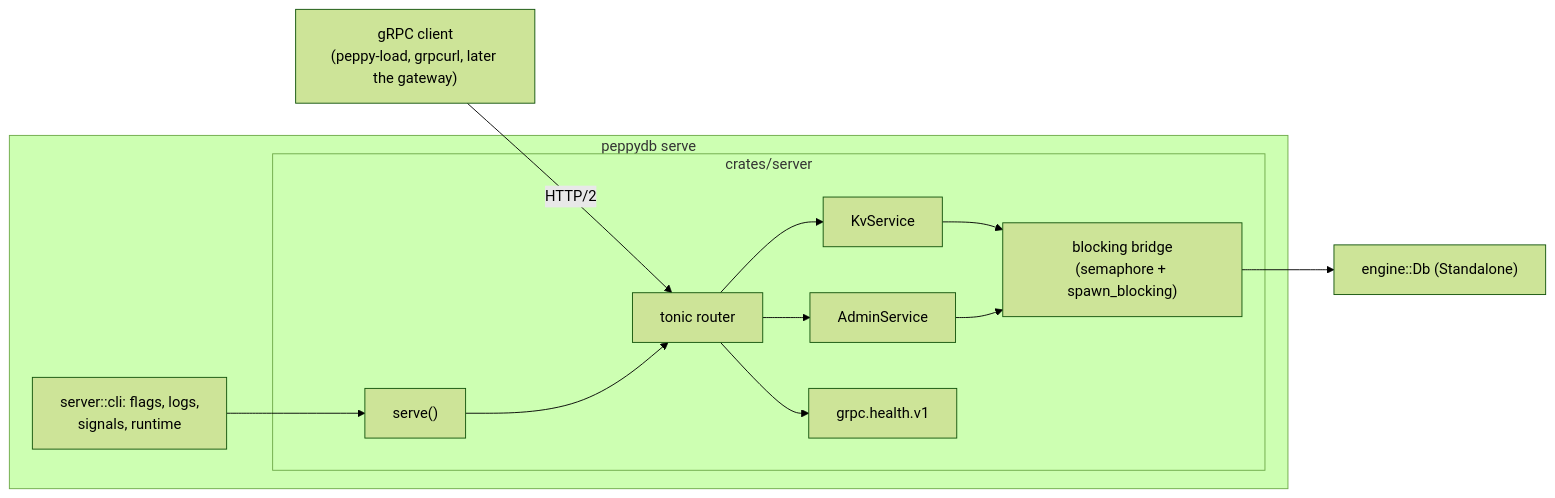
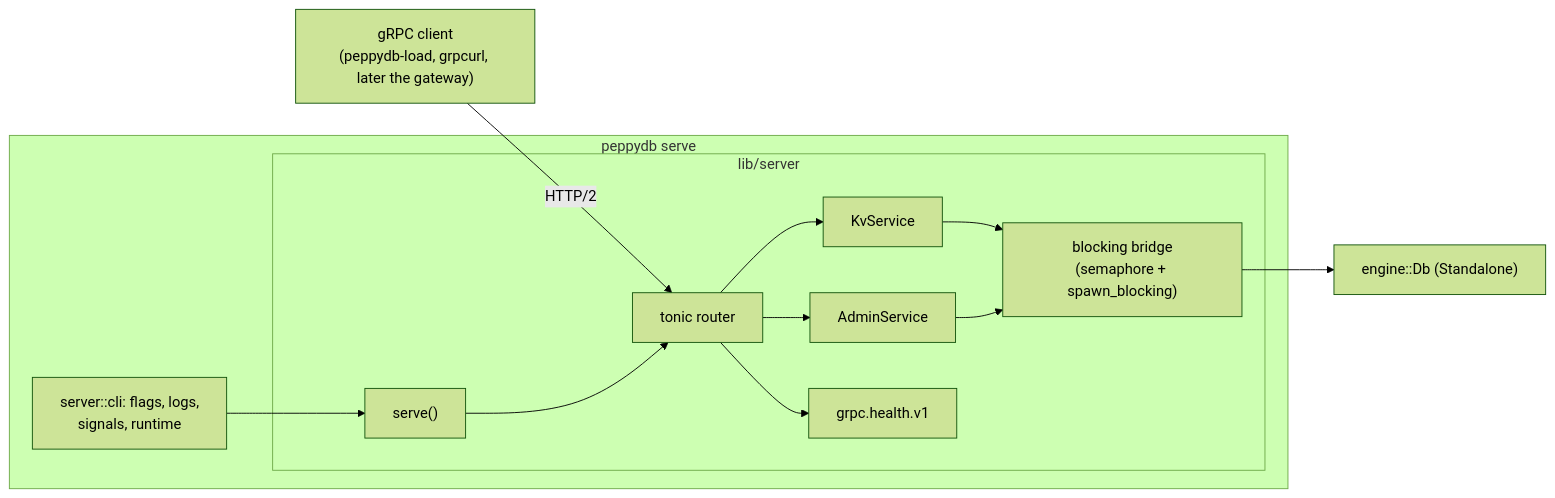
The first of 2 diagrams in docs/design/server.md (raydatray/peppydb), drawn with Mermaid (forest theme) before and after one commit. The commit also changed other lines of this file and 11 other files, not shown here.

````diff
--- a/docs/design/server.md
+++ b/docs/design/server.md
@@ -17,13 +17,13 @@
 ```mermaid
 flowchart LR
-    client["gRPC client<br/>(peppy-load, grpcurl, later the gateway)"] -->|HTTP/2| tonic
+    client["gRPC client<br/>(peppydb-load, grpcurl, later the gateway)"] -->|HTTP/2| tonic
     subgraph bin["peppydb serve"]
         cli["server::cli: flags, logs,<br/>signals, runtime"] --> serve
-        subgraph server["crates/server"]
+        subgraph server["lib/server"]
             serve["serve()"] --> tonic["tonic router"]
             tonic --> kv["KvService"] & admin["AdminService"] & health["grpc.health.v1"]
             kv & admin --> bridge["blocking bridge<br/>(semaphore + spawn_blocking)"]
         end
     end
     bridge --> db["engine::Db (Standalone)"]
 ```
````
